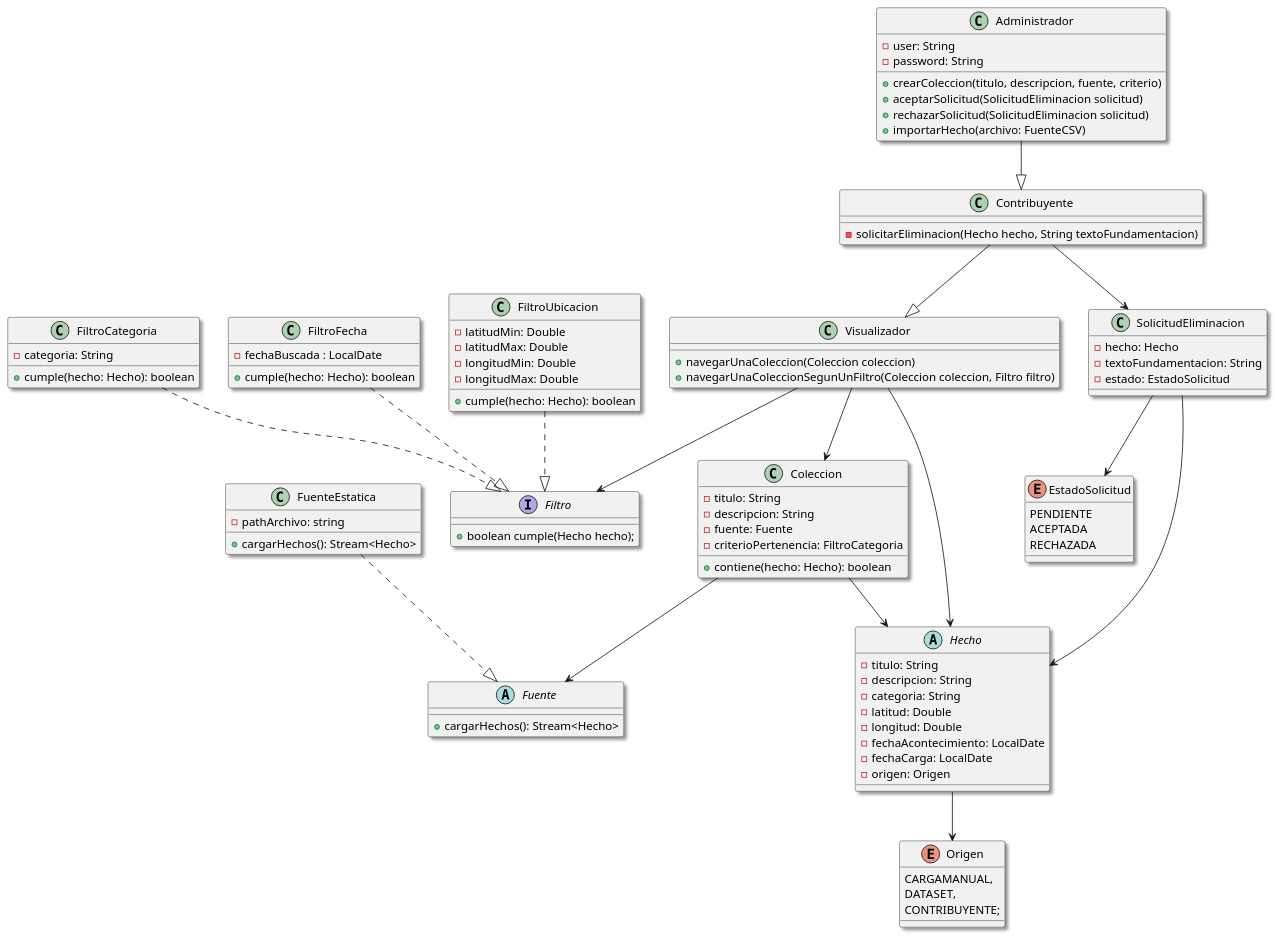
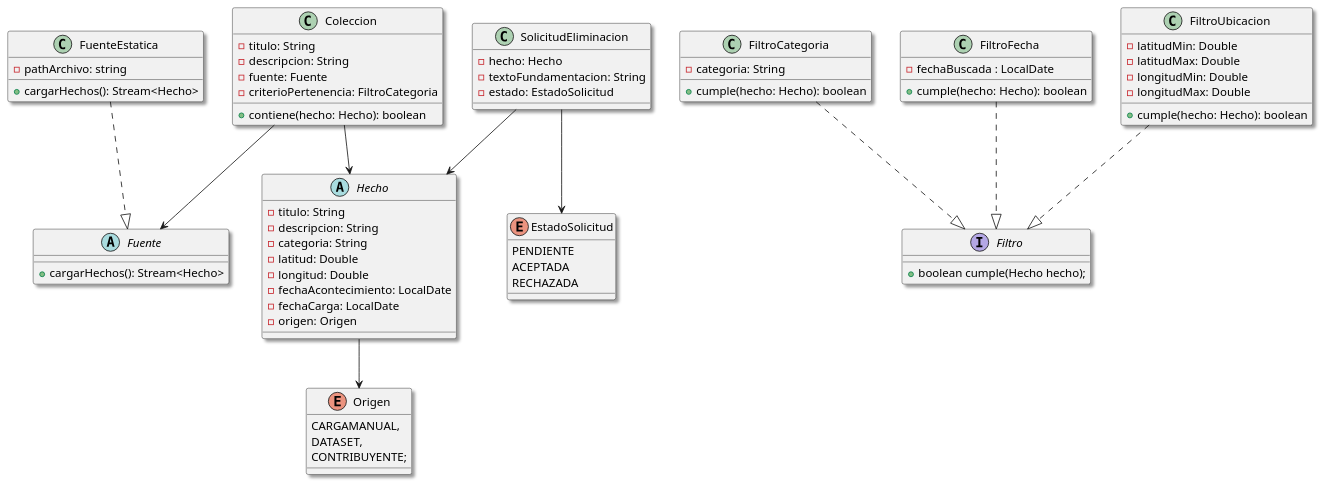
One commit to ValentinVilla/tpa-diseno-sistemas-2025 changed the diagram in Diagramas/diagrama.puml. Above: the diagram before and after it, drawn with PlantUML. The commit also changed 19 other files, not shown here.

```diff
--- a/Diagramas/diagrama.puml
+++ b/Diagramas/diagrama.puml
@@ -1,111 +1,85 @@
 @startuml
 skinparam shadowing true
 
 class Coleccion {
   - titulo: String
   - descripcion: String
   - fuente: Fuente
   - criterioPertenencia: FiltroCategoria
   + contiene(hecho: Hecho): boolean
-}
-
-class Administrador {
-  - user: String
-  - password: String
-  + crearColeccion(titulo, descripcion, fuente, criterio)
-  + aceptarSolicitud(SolicitudEliminacion solicitud)
-  + rechazarSolicitud(SolicitudEliminacion solicitud)
-  + importarHecho(archivo: FuenteCSV)
 }
 
 enum Origen {
   CARGAMANUAL,
   DATASET,
   CONTRIBUYENTE;
 }
 
 abstract class Fuente {
   + cargarHechos(): Stream<Hecho>
 }
 
 class FuenteEstatica {
   - pathArchivo: string
   + cargarHechos(): Stream<Hecho>
 }
 class SolicitudEliminacion {
   - hecho: Hecho
   - textoFundamentacion: String
   - estado: EstadoSolicitud
 }
 
 enum EstadoSolicitud {
   PENDIENTE
   ACEPTADA
   RECHAZADA
-}
-
-class Contribuyente {
-   - solicitarEliminacion(Hecho hecho, String textoFundamentacion)
- }
-
-class Visualizador {
-  + navegarUnaColeccion(Coleccion coleccion)
-  + navegarUnaColeccionSegunUnFiltro(Coleccion coleccion, Filtro filtro)
 }
 
 interface Filtro {
   +boolean cumple(Hecho hecho);
  }
 
 class FiltroCategoria {
 - categoria: String
 + cumple(hecho: Hecho): boolean
 }
 
 class FiltroFecha {
   - fechaBuscada : LocalDate
   + cumple(hecho: Hecho): boolean
 }
 
 class FiltroUbicacion {
   -latitudMin: Double
   -latitudMax: Double
   -longitudMin: Double
   -longitudMax: Double
   +cumple(hecho: Hecho): boolean
 }
 
 abstract class Hecho {
   - titulo: String
   - descripcion: String
   - categoria: String
   - latitud: Double
   - longitud: Double
   - fechaAcontecimiento: LocalDate
   - fechaCarga: LocalDate
   - origen: Origen
 }
 
 Coleccion --> Hecho
 Coleccion --> Fuente
 
 Hecho --> Origen
 
 FuenteEstatica ..|> Fuente
 
-Visualizador --> Hecho
-Visualizador --> Filtro
-Visualizador --> Coleccion
-Contribuyente --> SolicitudEliminacion
-
-Contribuyente --|> Visualizador
-Administrador --|> Contribuyente
-
 SolicitudEliminacion --> Hecho
 SolicitudEliminacion --> EstadoSolicitud
 
 FiltroCategoria ..|> Filtro
 FiltroFecha ..|> Filtro
 FiltroUbicacion ..|> Filtro
 
 @enduml
```
